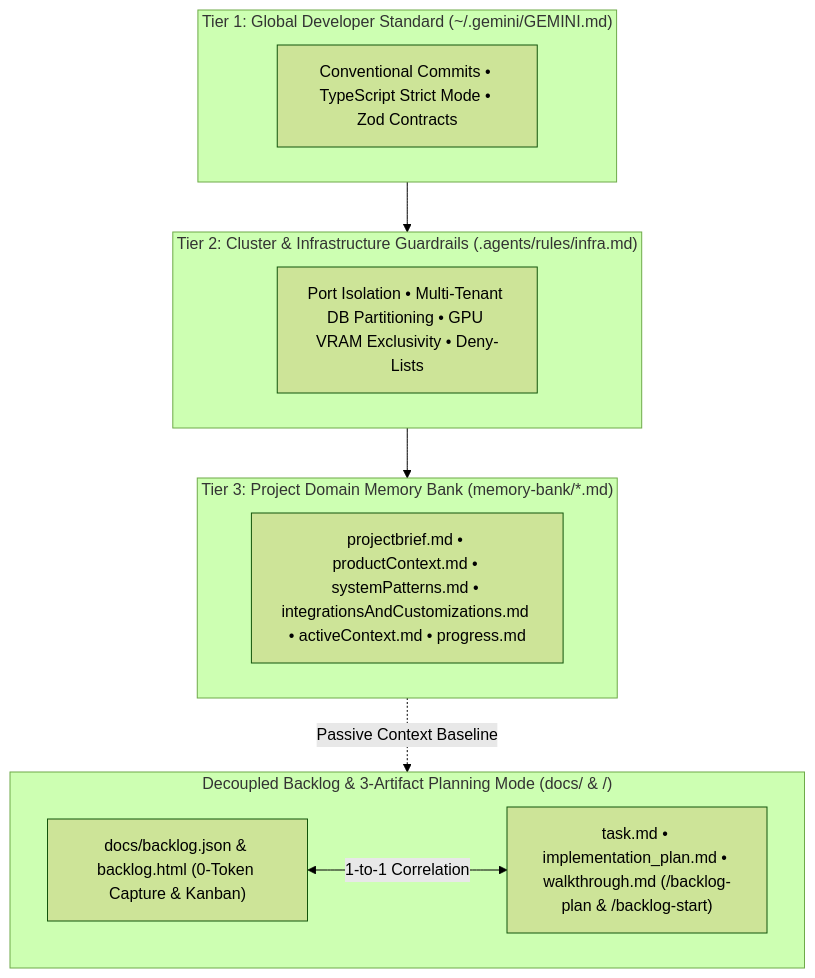
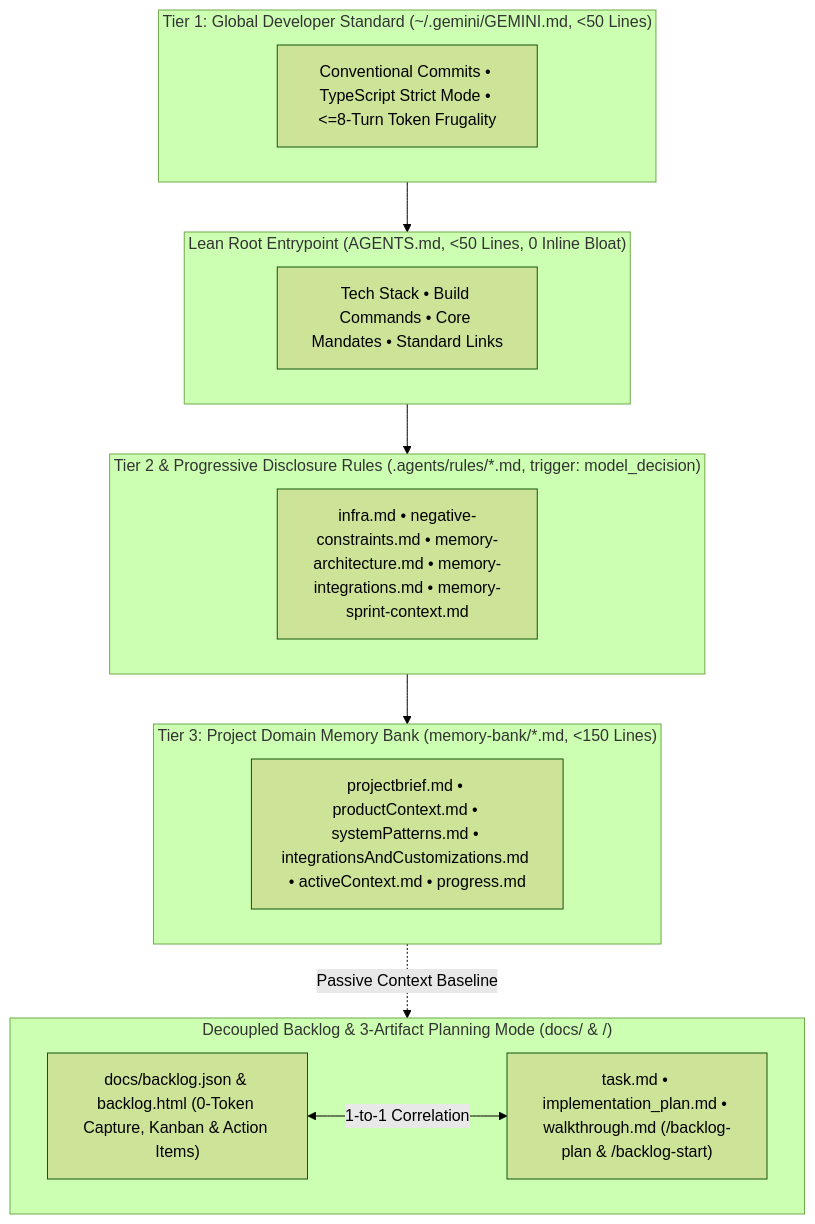
The first of 3 diagrams in README.md (johnny-saigon/antigravity-memory-bank), drawn with Mermaid (forest theme) before and after one commit. The commit also changed other lines of this file and 28 other files, not shown here.

Commit message:
feat(memory): implement native model_decision progressive disclosure and <50-line root AGENTS.md (FEAT-118)

````diff
--- a/README.md
+++ b/README.md
@@ -14,23 +14,27 @@
 ```mermaid
 flowchart TD
-  subgraph T1["Tier 1: Global Developer Standard (~/.gemini/GEMINI.md)"]
-    G1["Conventional Commits • TypeScript Strict Mode • Zod Contracts"]
+  subgraph T1["Tier 1: Global Developer Standard (~/.gemini/GEMINI.md, <50 Lines)"]
+    G1["Conventional Commits • TypeScript Strict Mode • <=8-Turn Token Frugality"]
   end
 
-  subgraph T2["Tier 2: Cluster & Infrastructure Guardrails (.agents/rules/infra.md)"]
-    G2["Port Isolation • Multi-Tenant DB Partitioning • GPU VRAM Exclusivity • Deny-Lists"]
+  subgraph ROOT["Lean Root Entrypoint (AGENTS.md, <50 Lines, 0 Inline Bloat)"]
+    R1["Tech Stack • Build Commands • Core Mandates • Standard Links"]
   end
 
-  subgraph T3["Tier 3: Project Domain Memory Bank (memory-bank/*.md)"]
+  subgraph T2["Tier 2 & Progressive Disclosure Rules (.agents/rules/*.md, trigger: model_decision)"]
+    G2["infra.md • negative-constraints.md • memory-architecture.md • memory-integrations.md • memory-sprint-context.md"]
+  end
+
+  subgraph T3["Tier 3: Project Domain Memory Bank (memory-bank/*.md, <150 Lines)"]
     G3["projectbrief.md • productContext.md • systemPatterns.md • integrationsAndCustomizations.md • activeContext.md • progress.md"]
   end
 
   subgraph OPS["Decoupled Backlog & 3-Artifact Planning Mode (docs/ & <brainDir>/)"]
-    B1["docs/backlog.json & backlog.html (0-Token Capture & Kanban)"]
+    B1["docs/backlog.json & backlog.html (0-Token Capture, Kanban & Action Items)"]
     P1["task.md • implementation_plan.md • walkthrough.md (/backlog-plan & /backlog-start)"]
   end
 
-  T1 --> T2 --> T3
+  T1 --> ROOT --> T2 --> T3
   T3 -. "Passive Context Baseline" .-> OPS
   B1 <-->|"1-to-1 Correlation"| P1
 ```
````
